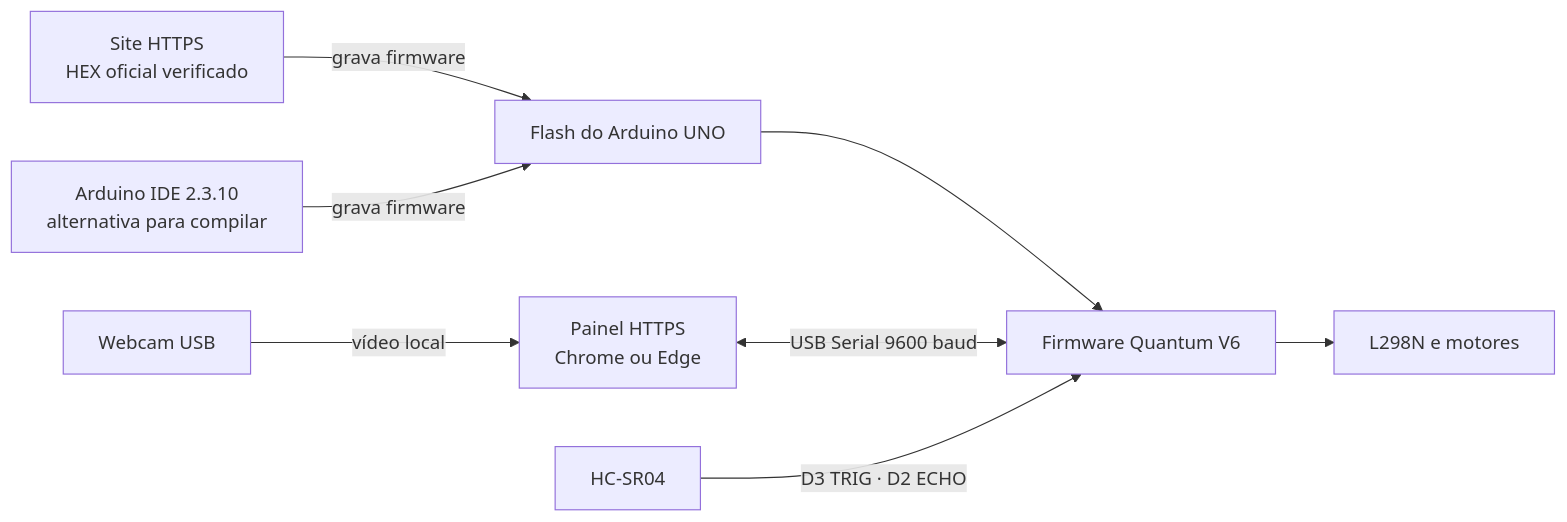
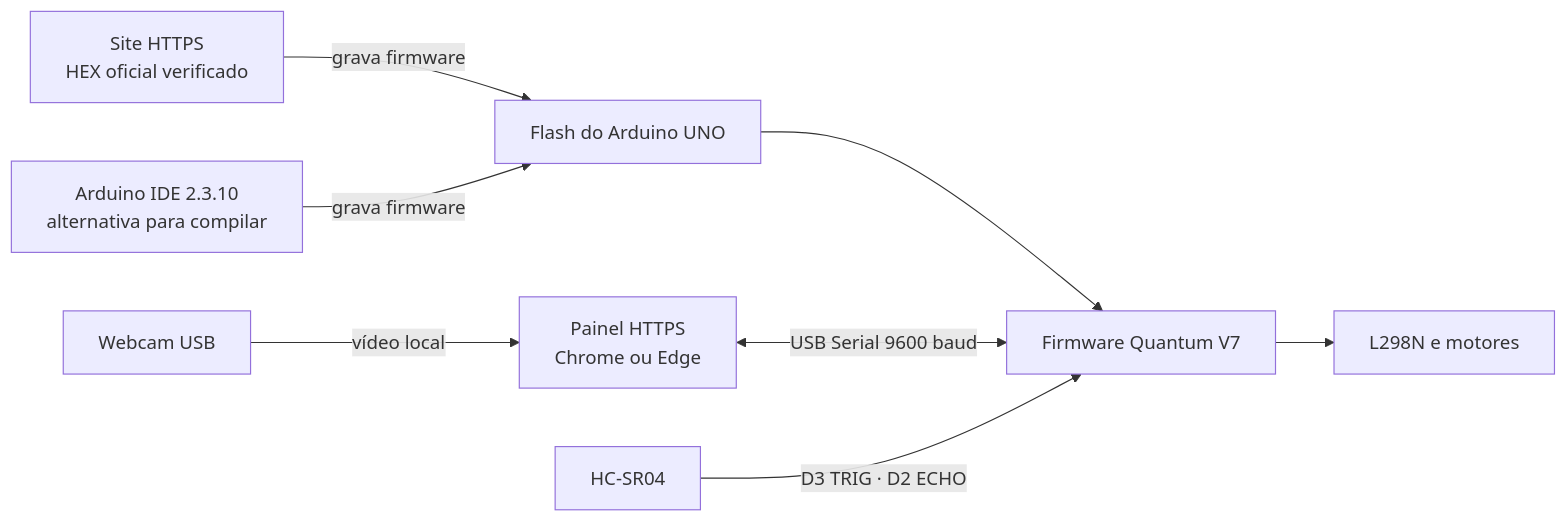
Before and after one commit to jgouveaf/FECART: the diagram in docs/GUIA_TECNICO_ARDUINO_SITE.md, drawn with Mermaid. The commit also changed other lines of this file and 22 other files, not shown here.

````diff
--- a/docs/GUIA_TECNICO_ARDUINO_SITE.md
+++ b/docs/GUIA_TECNICO_ARDUINO_SITE.md
@@ -19,10 +20,10 @@
 ```mermaid
 flowchart LR
     SITEHEX[Site HTTPS<br>HEX oficial verificado] -->|grava firmware| FLASH[Flash do Arduino UNO]
     IDE[Arduino IDE 2.3.10<br>alternativa para compilar] -->|grava firmware| FLASH
-    FLASH --> FW[Firmware Quantum V6]
+    FLASH --> FW[Firmware Quantum V7]
     SITE[Painel HTTPS<br>Chrome ou Edge] <-->|USB Serial 9600 baud| FW
     FW --> L298N[L298N e motores]
     HCSR04[HC-SR04] -->|D3 TRIG · D2 ECHO| FW
     CAMERA[Webcam USB] -->|vídeo local| SITE
 ```
````
